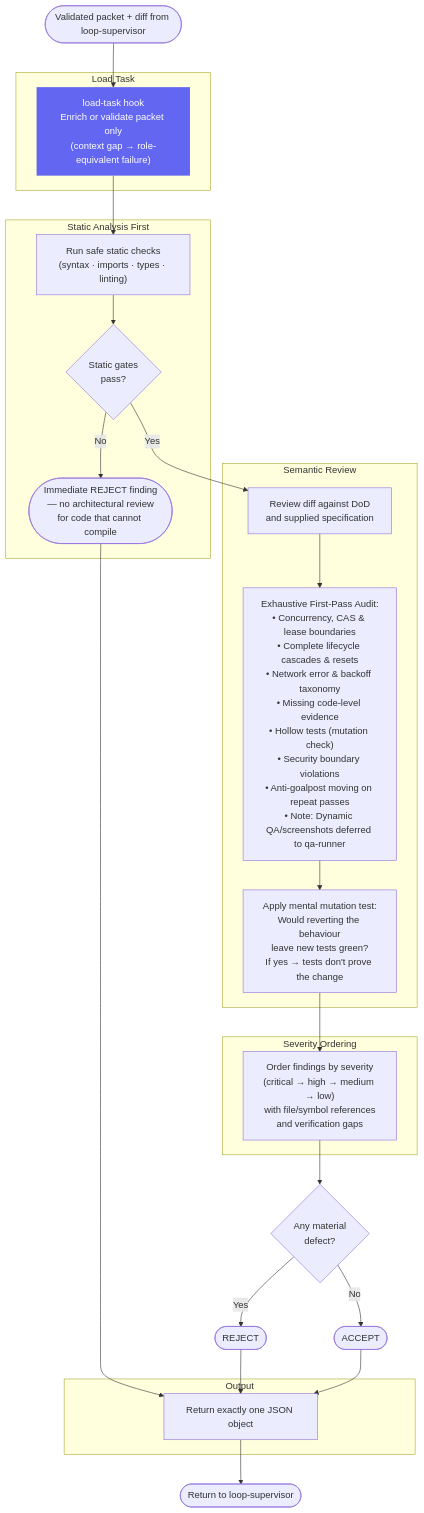
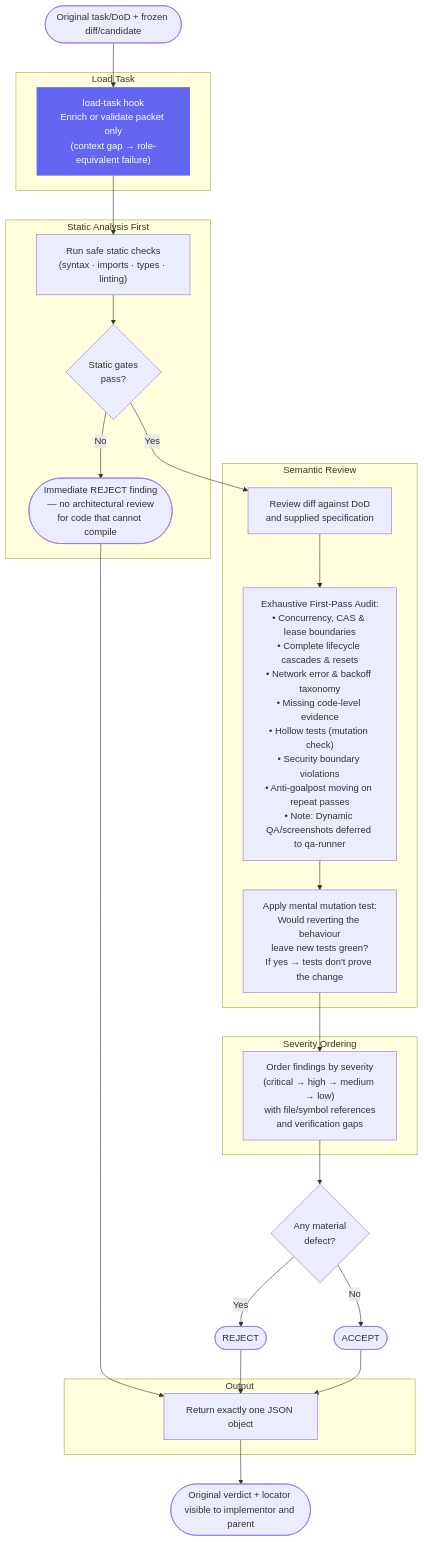
The diagram in docs/architecture/code-reviewer.md (ericmaster/agent-fabric), drawn with Mermaid before and after one commit. The commit also changed other lines of this file and 25 other files, not shown here.

````diff
--- a/docs/architecture/code-reviewer.md
+++ b/docs/architecture/code-reviewer.md
@@ -12,50 +12,50 @@
 ```mermaid
 flowchart TD
-    START([Validated packet + diff from loop-supervisor]) --> LT
+    START([Original task/DoD + frozen diff/candidate]) --> LT
 
     subgraph "Load Task"
         LT["load-task hook\nEnrich or validate packet only\n(context gap → role-equivalent failure)"]
     end
 
     LT --> STATIC
 
     subgraph "Static Analysis First"
         STATIC["Run safe static checks\n(syntax · imports · types · linting)"]
         STATIC_FAIL{Static gates\npass?}
         REJECT_STATIC([Immediate REJECT finding\n— no architectural review\nfor code that cannot compile])
     end
 
     STATIC --> STATIC_FAIL
     STATIC_FAIL -- No --> REJECT_STATIC --> OUTPUT
     STATIC_FAIL -- Yes --> SEMANTIC
 
     subgraph "Semantic Review"
         SEMANTIC["Review diff against DoD\nand supplied specification"]
 
         CHECK_LIST["Exhaustive First-Pass Audit:\n• Concurrency, CAS & lease boundaries\n• Complete lifecycle cascades & resets\n• Network error & backoff taxonomy\n• Missing code-level evidence\n• Hollow tests (mutation check)\n• Security boundary violations\n• Anti-goalpost moving on repeat passes\n• Note: Dynamic QA/screenshots deferred to qa-runner"]
 
         MUTATION["Apply mental mutation test:\nWould reverting the behaviour\nleave new tests green?\nIf yes → tests don't prove the change"]
     end
 
     SEMANTIC --> CHECK_LIST --> MUTATION --> SEVERITY
 
     subgraph "Severity Ordering"
         SEVERITY["Order findings by severity\n(critical → high → medium → low)\nwith file/symbol references\nand verification gaps"]
     end
 
     SEVERITY --> VERDICT{Any material\ndefect?}
 
     VERDICT -- Yes --> REJECT([REJECT])
     VERDICT -- No --> ACCEPT([ACCEPT])
 
     REJECT --> OUTPUT
     ACCEPT --> OUTPUT
 
     subgraph "Output"
         OUTPUT["Return exactly one JSON object"]
     end
 
-    OUTPUT --> DONE([Return to loop-supervisor])
+    OUTPUT --> DONE([Original verdict + locator visible to implementor and parent])
 
     style LT fill:#6366f1,color:#fff,stroke:none
 ```
````
